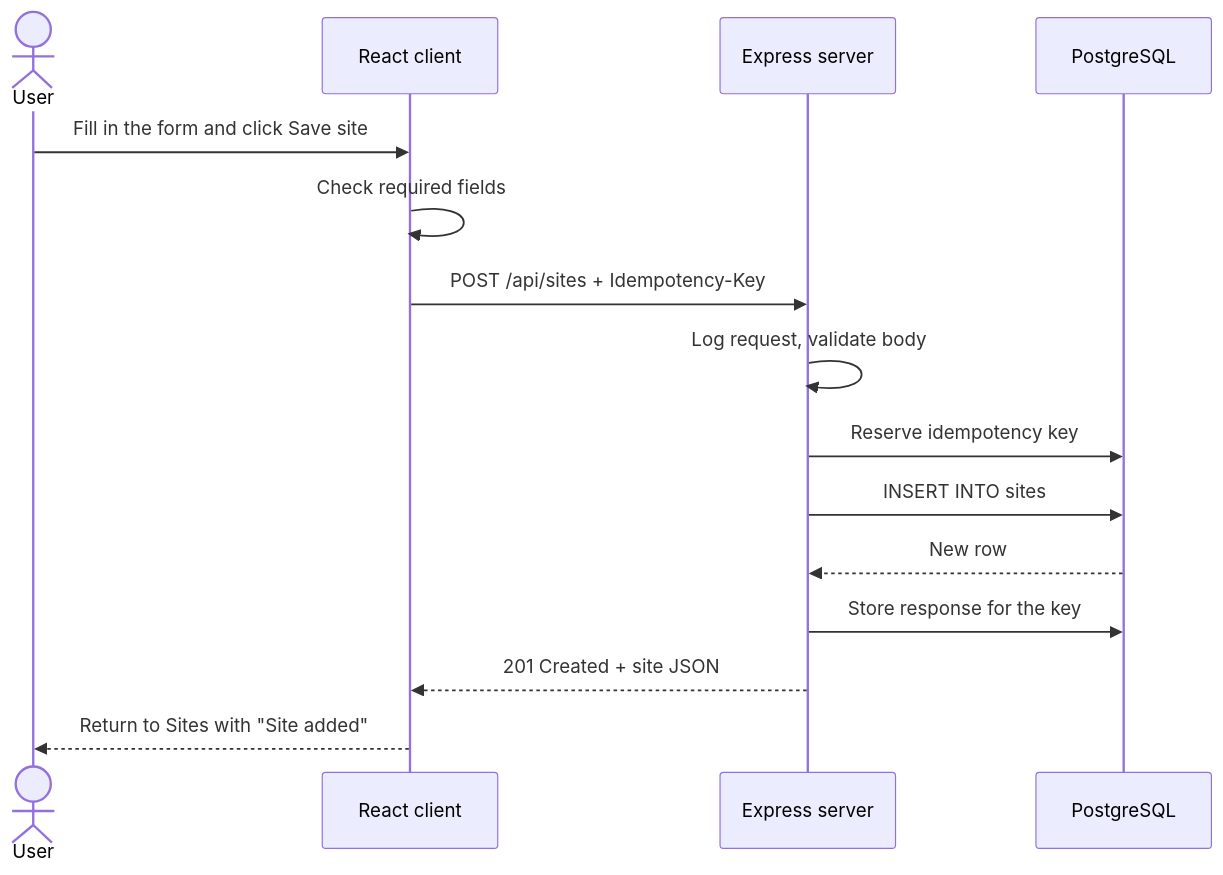
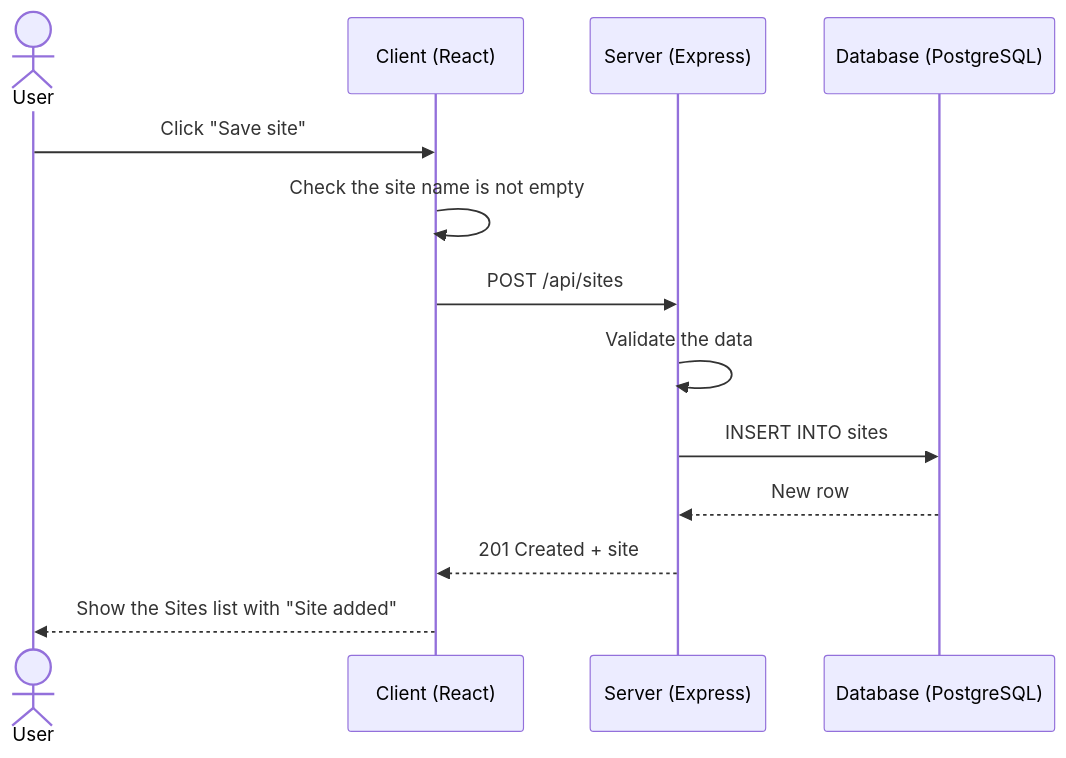
The second of 3 diagrams in README.md (FlemingJohn/site-operation-dashboard), drawn with Mermaid before and after one commit. The commit also changed other lines of this file, not shown here.

Commit message:
docs: simplify client-server architecture in README

````diff
--- a/README.md
+++ b/README.md
@@ -112,18 +128,16 @@
 ```mermaid
 sequenceDiagram
     actor User
-    participant UI as React client
-    participant API as Express server
-    participant DB as PostgreSQL
+    participant Client as Client (React)
+    participant Server as Server (Express)
+    participant DB as Database (PostgreSQL)
 
-    User->>UI: Fill in the form and click Save site
-    UI->>UI: Check required fields
-    UI->>API: POST /api/sites + Idempotency-Key
-    API->>API: Log request, validate body
-    API->>DB: Reserve idempotency key
-    API->>DB: INSERT INTO sites
-    DB-->>API: New row
-    API->>DB: Store response for the key
-    API-->>UI: 201 Created + site JSON
-    UI-->>User: Return to Sites with "Site added"
+    User->>Client: Click "Save site"
+    Client->>Client: Check the site name is not empty
+    Client->>Server: POST /api/sites
+    Server->>Server: Validate the data
+    Server->>DB: INSERT INTO sites
+    DB-->>Server: New row
+    Server-->>Client: 201 Created + site
+    Client-->>User: Show the Sites list with "Site added"
 ```
````
